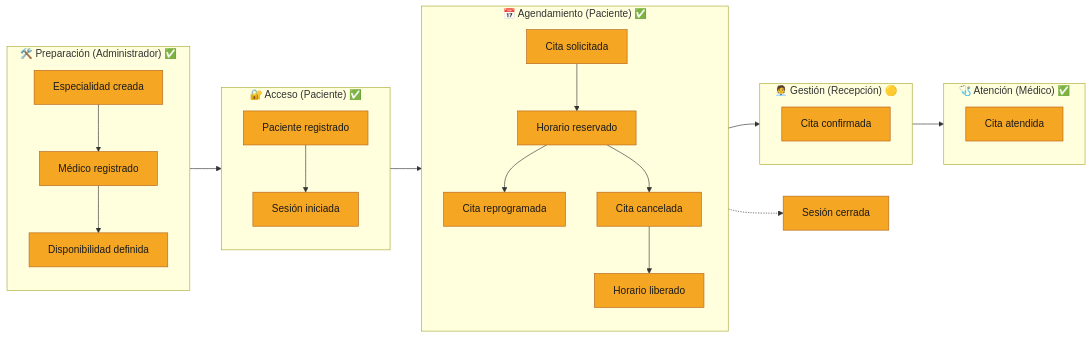
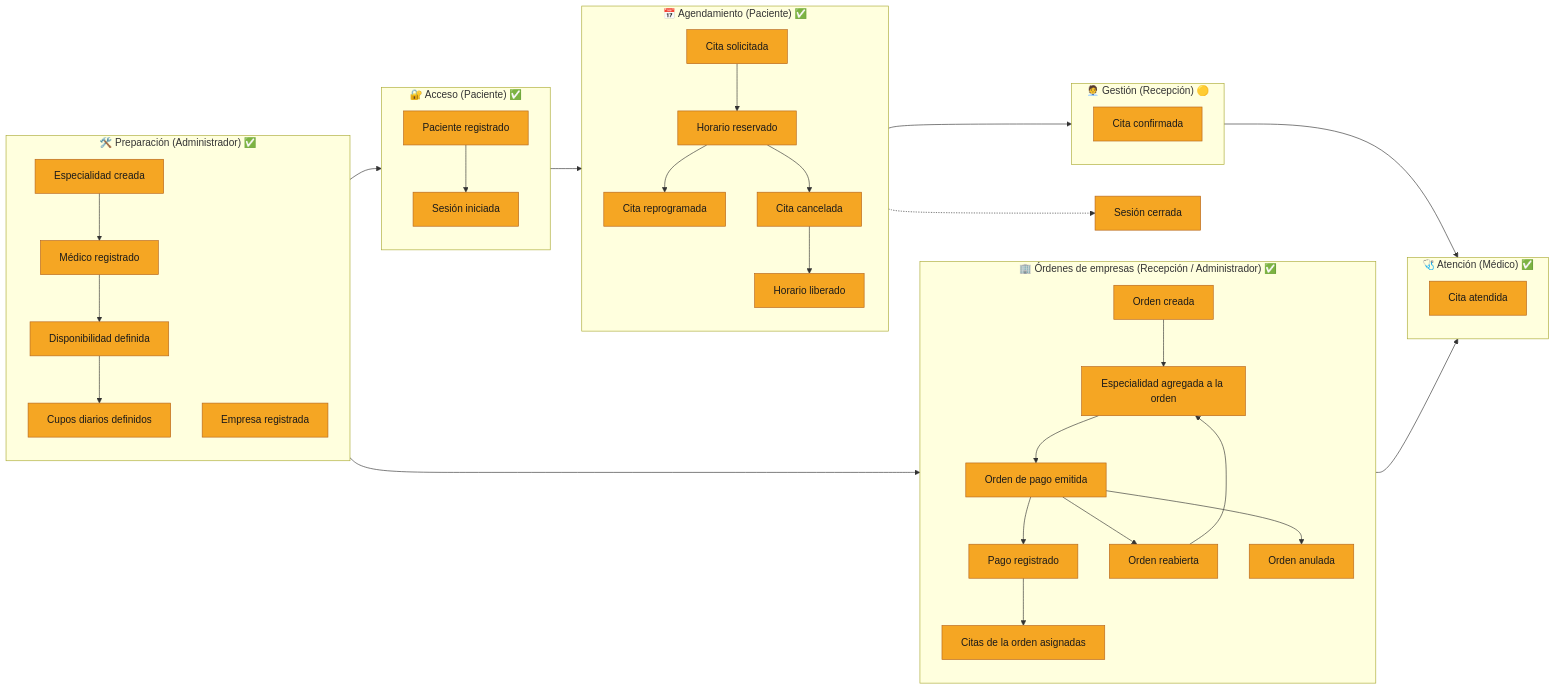
One commit to fox123abc/Clinica changed the second of 12 diagrams in docs/DDD-EVENT-STORMING.md. Above: the diagram before and after it, drawn with Mermaid. The commit also changed other lines of this file and 11 other files, not shown here.

First line of the commit message:
Documenta las órdenes de empresas en DDD / Event Storming y el nuevo diseño

````diff
--- a/docs/DDD-EVENT-STORMING.md
+++ b/docs/DDD-EVENT-STORMING.md
@@ -94,45 +101,63 @@
 ```mermaid
 flowchart LR
     subgraph ADM["🛠️ Preparación (Administrador) ✅"]
         direction TB
         E1["Especialidad creada"]:::evento
         E2["Médico registrado"]:::evento
         E3["Disponibilidad definida"]:::evento
-        E1 --> E2 --> E3
+        E14["Cupos diarios definidos"]:::evento
+        E15["Empresa registrada"]:::evento
+        E1 --> E2 --> E3 --> E14
+        E15
     end
 
     subgraph ACC["🔐 Acceso (Paciente) ✅"]
         direction TB
         E4["Paciente registrado"]:::evento
         E5["Sesión iniciada"]:::evento
         E4 --> E5
     end
 
     subgraph AGE["📅 Agendamiento (Paciente) ✅"]
         direction TB
         E6["Cita solicitada"]:::evento
         E7["Horario reservado"]:::evento
         E8["Cita reprogramada"]:::evento
         E9["Cita cancelada"]:::evento
         E10["Horario liberado"]:::evento
         E6 --> E7
         E7 --> E8
         E7 --> E9 --> E10
     end
 
     subgraph REC["🧑‍💼 Gestión (Recepción) 🟡"]
         E11["Cita confirmada"]:::evento
     end
 
     subgraph MED["🩺 Atención (Médico) ✅"]
         E12["Cita atendida"]:::evento
     end
 
+    subgraph ORD["🏢 Órdenes de empresas (Recepción / Administrador) ✅"]
+        direction TB
+        E16["Orden creada"]:::evento
+        E17["Especialidad agregada a la orden"]:::evento
+        E18["Orden de pago emitida"]:::evento
+        E19["Orden reabierta"]:::evento
+        E20["Pago registrado"]:::evento
+        E21["Citas de la orden asignadas"]:::evento
+        E22["Orden anulada"]:::evento
+        E16 --> E17 --> E18 --> E20 --> E21
+        E18 --> E19 --> E17
+        E18 --> E22
+    end
+
     E13["Sesión cerrada"]:::evento
 
     ADM --> ACC --> AGE --> REC --> MED
+    ADM --> ORD --> MED
     AGE -.-> E13
 
     classDef evento fill:#F5A623,stroke:#B5651D,color:#1A1A1A
     classDef pendiente fill:#FCE3BE,stroke:#B5651D,color:#1A1A1A,stroke-dasharray: 5 3
 ```
````
